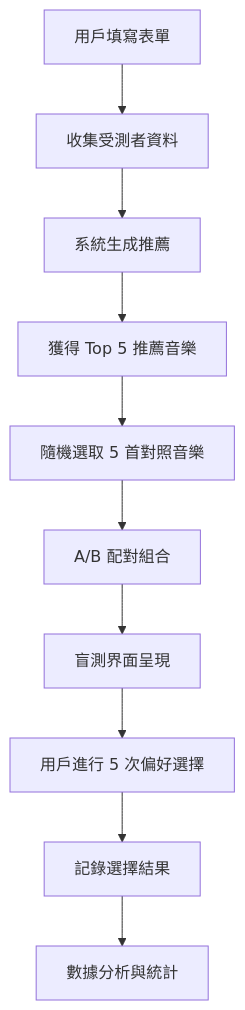
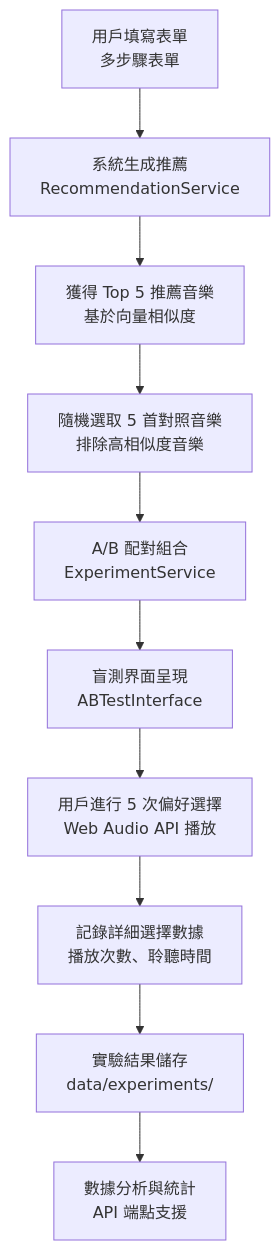
One commit to whats2000/sleep-recommendation-system changed the eighth of 13 diagrams in docs/RecommendationSystem.md. Above: the diagram before and after it, drawn with Mermaid. The commit also changed other lines of this file, not shown here.

````diff
--- a/docs/RecommendationSystem.md
+++ b/docs/RecommendationSystem.md
@@ -227,12 +298,12 @@
 ```mermaid
 flowchart TD
-    A[用戶填寫表單] --> B[收集受測者資料]
-    B --> C[系統生成推薦]
-    C --> D[獲得 Top 5 推薦音樂]
-    D --> E[隨機選取 5 首對照音樂]
-    E --> F[A/B 配對組合]
-    F --> G[盲測界面呈現]
-    G --> H[用戶進行 5 次偏好選擇]
-    H --> I[記錄選擇結果]
-    I --> J[數據分析與統計]
+    A[用戶填寫表單<br/>多步驟表單] --> B[系統生成推薦<br/>RecommendationService]
+    B --> C[獲得 Top 5 推薦音樂<br/>基於向量相似度]
+    C --> D[隨機選取 5 首對照音樂<br/>排除高相似度音樂]
+    D --> E[A/B 配對組合<br/>ExperimentService]
+    E --> F[盲測界面呈現<br/>ABTestInterface]
+    F --> G[用戶進行 5 次偏好選擇<br/>Web Audio API 播放]
+    G --> H[記錄詳細選擇數據<br/>播放次數、聆聽時間]
+    H --> I[實驗結果儲存<br/>data/experiments/]
+    I --> J[數據分析與統計<br/>API 端點支援]
 ```
````
